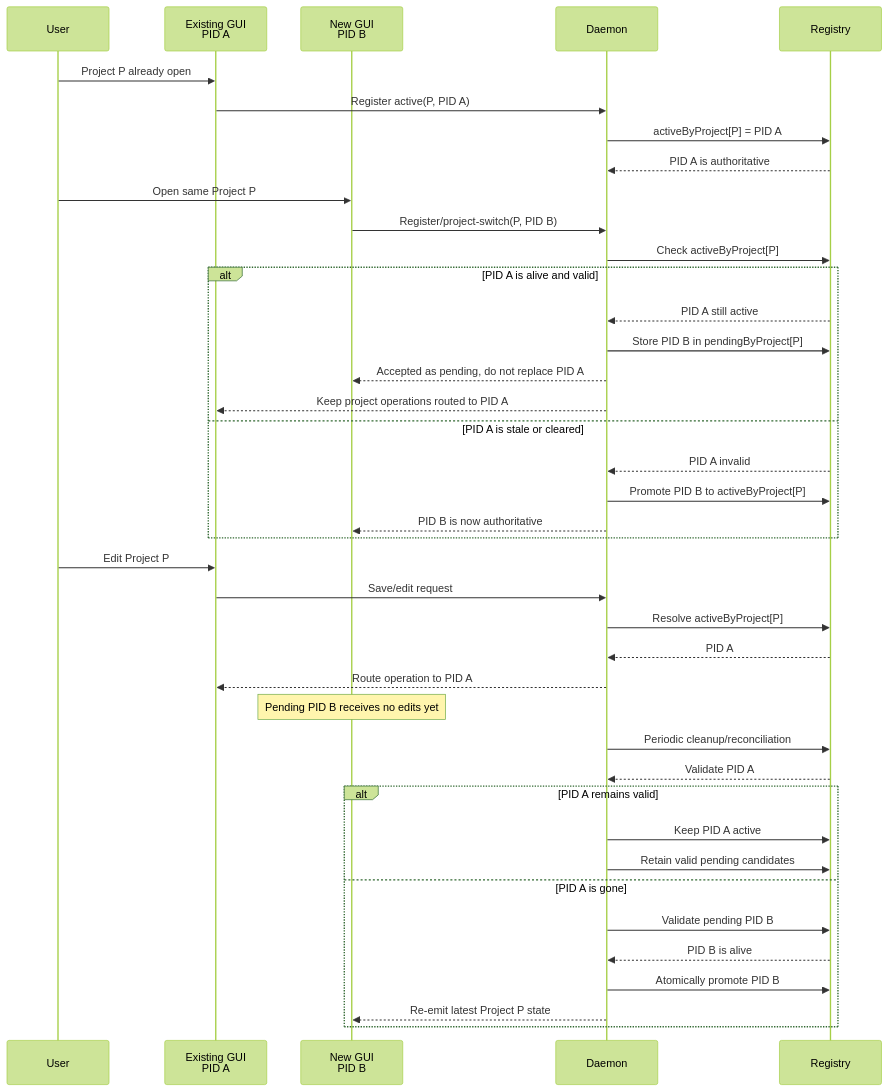
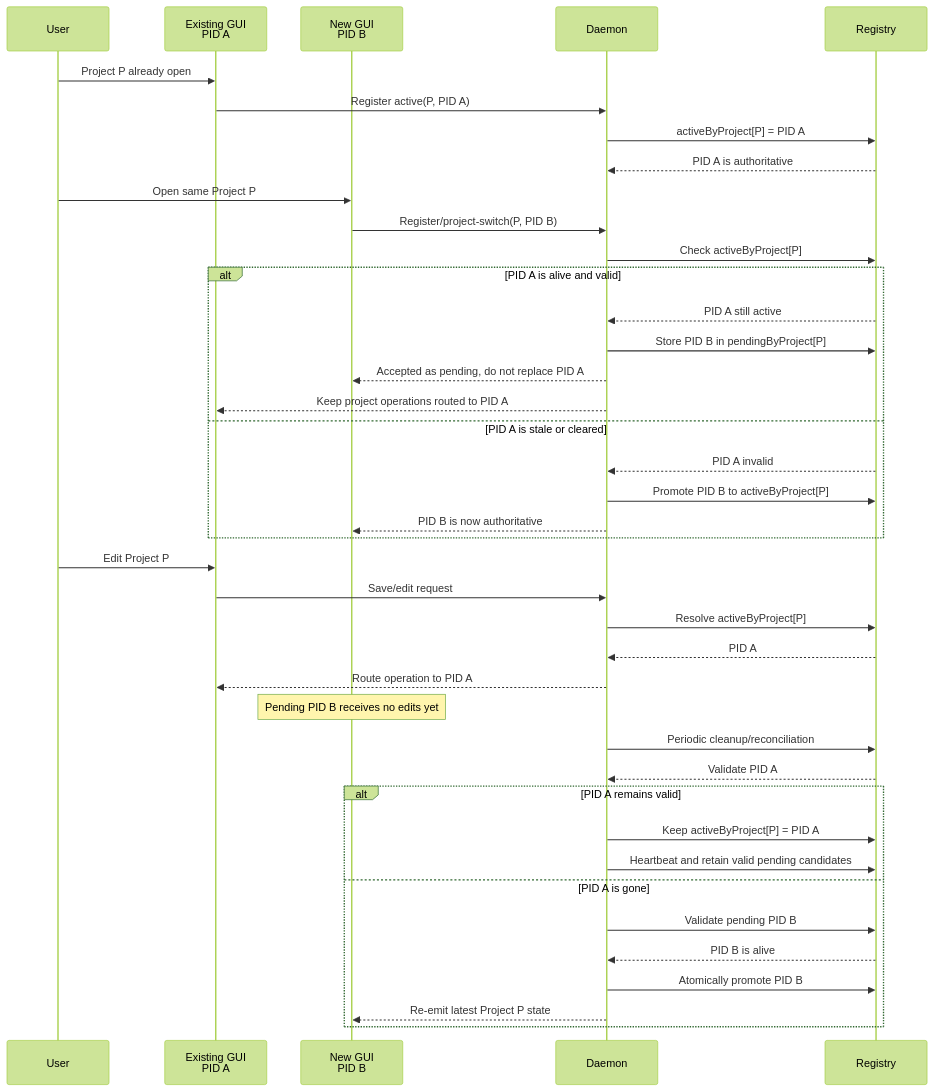
Before and after one commit to Shaik-Sirajuddin/snapflow: the diagram in docs/project-switch-active-pending-sequence.md, drawn with Mermaid (forest theme). The commit also changed other lines of this file, not shown here.

Commit message:
docs: define managed lifecycle for pending instances

````diff
--- a/docs/project-switch-active-pending-sequence.md
+++ b/docs/project-switch-active-pending-sequence.md
@@ -7,48 +10,48 @@
 ```mermaid
 sequenceDiagram
     participant U as User
     participant G1 as Existing GUI<br/>PID A
     participant G2 as New GUI<br/>PID B
     participant D as Daemon
     participant R as Registry
 
     U->>G1: Project P already open
     G1->>D: Register active(P, PID A)
     D->>R: activeByProject[P] = PID A
     R-->>D: PID A is authoritative
 
     U->>G2: Open same Project P
     G2->>D: Register/project-switch(P, PID B)
     D->>R: Check activeByProject[P]
 
     alt PID A is alive and valid
         R-->>D: PID A still active
         D->>R: Store PID B in pendingByProject[P]
         D-->>G2: Accepted as pending, do not replace PID A
         D-->>G1: Keep project operations routed to PID A
     else PID A is stale or cleared
         R-->>D: PID A invalid
         D->>R: Promote PID B to activeByProject[P]
         D-->>G2: PID B is now authoritative
     end
 
     U->>G1: Edit Project P
     G1->>D: Save/edit request
     D->>R: Resolve activeByProject[P]
     R-->>D: PID A
     D-->>G1: Route operation to PID A
     Note over G2: Pending PID B receives no edits yet
 
     D->>R: Periodic cleanup/reconciliation
     R-->>D: Validate PID A
 
     alt PID A remains valid
-        D->>R: Keep PID A active
-        D->>R: Retain valid pending candidates
+        D->>R: Keep activeByProject[P] = PID A
+        D->>R: Heartbeat and retain valid pending candidates
     else PID A is gone
         D->>R: Validate pending PID B
         R-->>D: PID B is alive
         D->>R: Atomically promote PID B
         D-->>G2: Re-emit latest Project P state
     end
 ```
````
